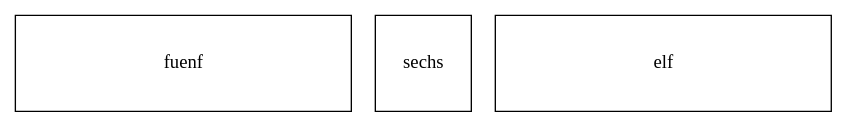
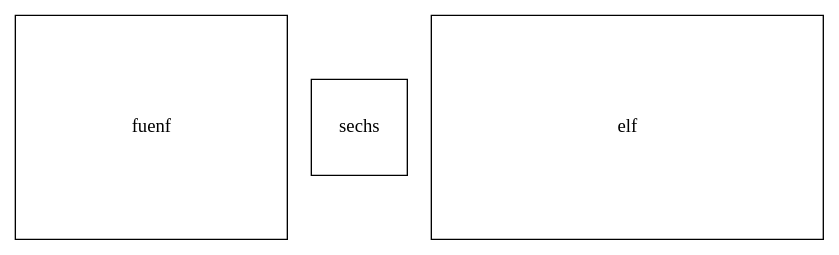
The diagram in x3d/temp.dot (stefanrinderle/SoftViz3D), drawn with Graphviz before and after one commit. The commit also changed 4 other files, not shown here.

```diff
--- a/x3d/temp.dot
+++ b/x3d/temp.dot
@@ -1,5 +1,5 @@
 digraph G {
-fuenf[shape="rectangle" width="3.5", height="1", fixedsize=true, type="node"];
+fuenf[shape="rectangle" width="2.83333333333", height="2.33333333333", fixedsize=true, type="node"];
 sechs[shape="rectangle" width="1", height="1", fixedsize=true, type="leaf"];
-elf[shape="rectangle" width="3.5", height="1", fixedsize=true, type="node"];
+elf[shape="rectangle" width="4.08333333333", height="2.33333333333", fixedsize=true, type="node"];
 }
```
